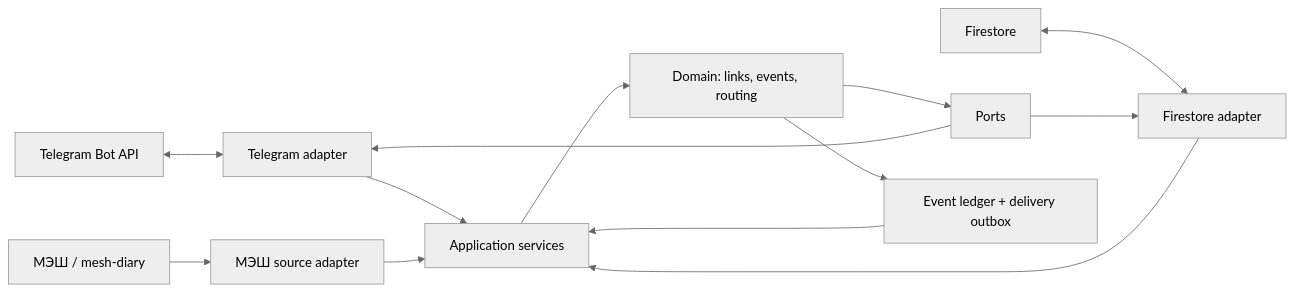
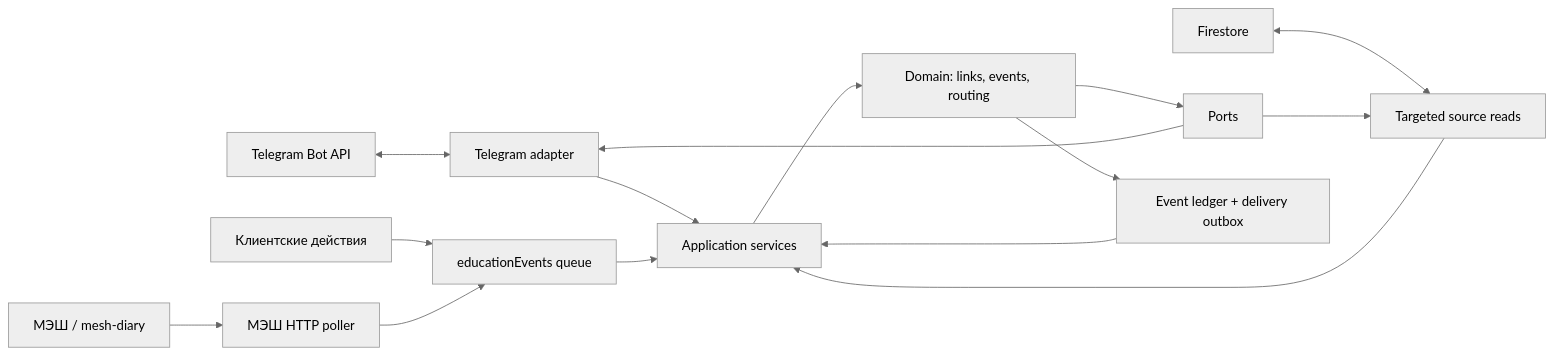
The diagram in docs/services/telegram-bot/README.md (RubaXa/education-quizzes), drawn with Mermaid (neutral theme) before and after one commit. The commit also changed other lines of this file and 81 other files, not shown here.

Commit message:
feat: route education actions through one event queue

````diff
--- a/docs/services/telegram-bot/README.md
+++ b/docs/services/telegram-bot/README.md
@@ -66,15 +66,17 @@
 ```mermaid
 flowchart LR
   TG[Telegram Bot API] <--> TGA[Telegram adapter]
-  MESH[МЭШ / mesh-diary] --> MA[МЭШ source adapter]
-  FS[Firestore] <--> FA[Firestore adapter]
+  MESH[МЭШ / mesh-diary] --> MA[МЭШ HTTP poller]
+  CLIENT[Клиентские действия] --> Q[educationEvents queue]
+  MA --> Q
+  FS[Firestore] <--> FA[Targeted source reads]
   TGA --> APP[Application services]
-  MA --> APP
+  Q --> APP
   FA --> APP
   APP --> CORE[Domain: links, events, routing]
   CORE --> PORTS[Ports]
   PORTS --> FA
   PORTS --> TGA
   CORE --> OUTBOX[Event ledger + delivery outbox]
   OUTBOX --> APP
 ```
````
